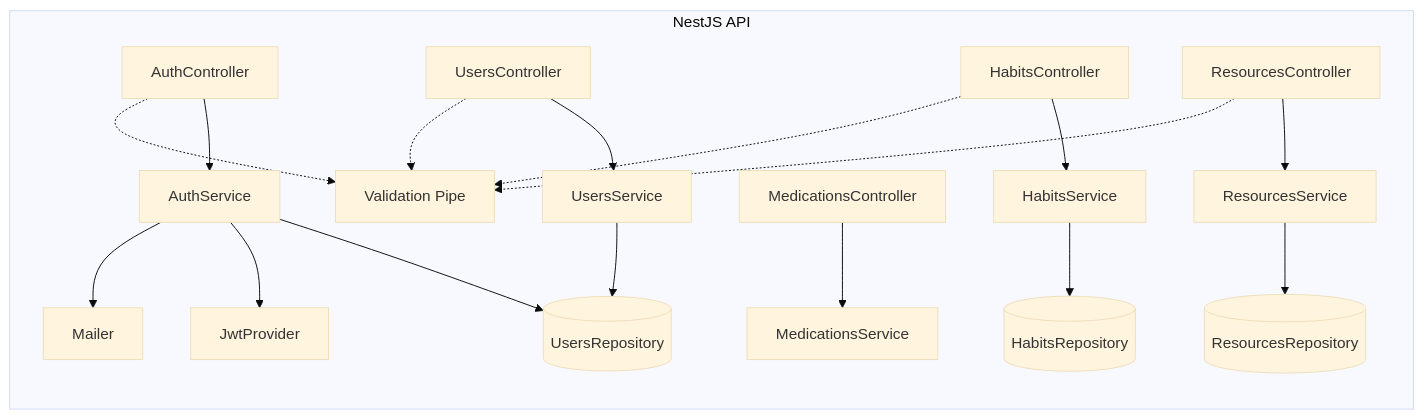
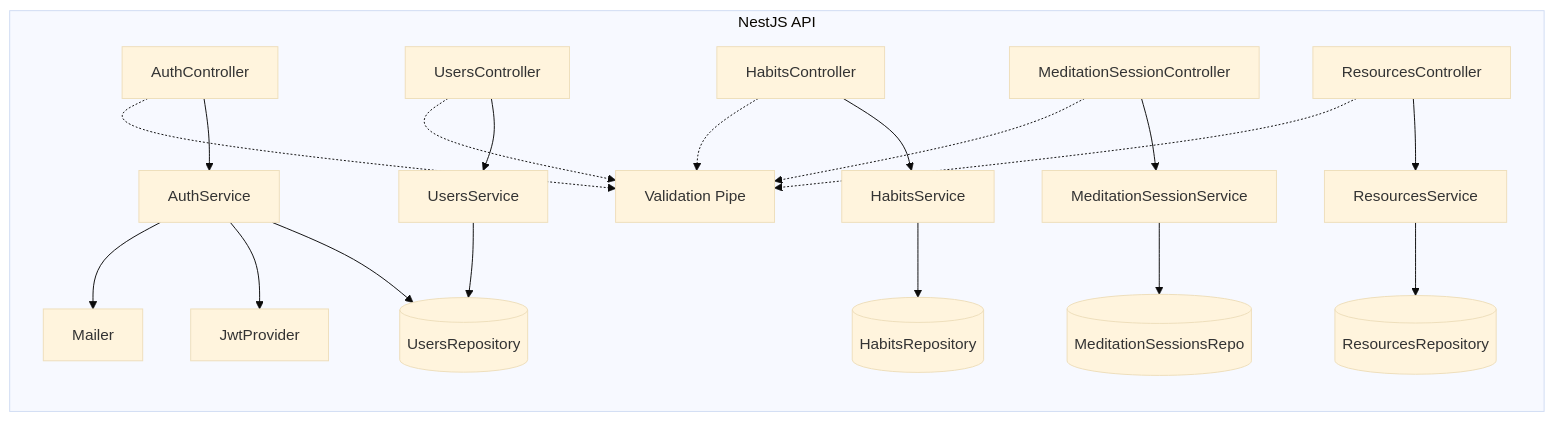
One commit to Dolphynx/mindfulspace changed the diagram in docs/archi/c4/c3-components-api.md. Above: the diagram before and after it, drawn with Mermaid (base theme). The commit also changed other lines of this file and 24 other files, not shown here.

````diff
--- a/docs/archi/c4/c3-components-api.md
+++ b/docs/archi/c4/c3-components-api.md
@@ -1,38 +3,45 @@
 ```mermaid
 flowchart LR
+
 subgraph api [NestJS API]
-cAuth[AuthController]
-cUsers[UsersController]
-cHabits[HabitsController]
-cMed[MedicationsController]
-cRes[ResourcesController]
+  %% Controllers
+  cAuth[AuthController]
+  cUsers[UsersController]
+  cHabits[HabitsController]
+  cMed[MeditationSessionController]
+  cRes[ResourcesController]
 
-    sAuth[AuthService]
-    sUsers[UsersService]
-    sHabits[HabitsService]
-    sMed[MedicationsService]
-    sRes[ResourcesService]
+  %% Services
+  sAuth[AuthService]
+  sUsers[UsersService]
+  sHabits[HabitsService]
+  sMed[MeditationSessionService]
+  sRes[ResourcesService]
 
-    rUsers[(UsersRepository)]
-    rHabits[(HabitsRepository)]
-    rRes[(ResourcesRepository)]
+  %% Data (Prisma)
+  rUsers[(UsersRepository)]
+  rHabits[(HabitsRepository)]
+  rMed[(MeditationSessionsRepo)]
+  rRes[(ResourcesRepository)]
 
-    provJwt[JwtProvider]
-    provMail[Mailer]
-    validator[Validation Pipe]
+  %% Infra
+  jwt[JwtProvider]
+  mail[Mailer]
+  validator[Validation Pipe]
 end
 
 cAuth --> sAuth --> rUsers
 cUsers --> sUsers --> rUsers
 cHabits --> sHabits --> rHabits
-cMed --> sMed
+cMed --> sMed --> rMed
 cRes --> sRes --> rRes
 
-sAuth --> provJwt
-sAuth --> provMail
+sAuth --> jwt
+sAuth --> mail
 
 cAuth -.-> validator
 cUsers -.-> validator
 cHabits -.-> validator
+cMed -.-> validator
 cRes -.-> validator
 ```
````
